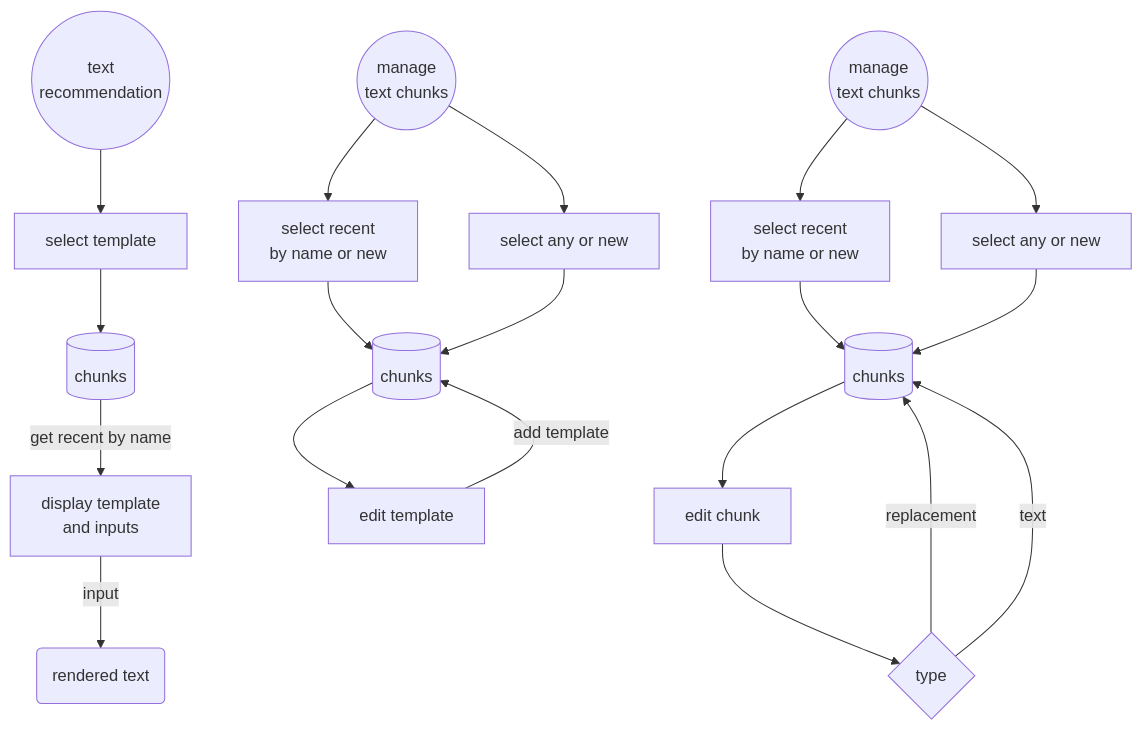
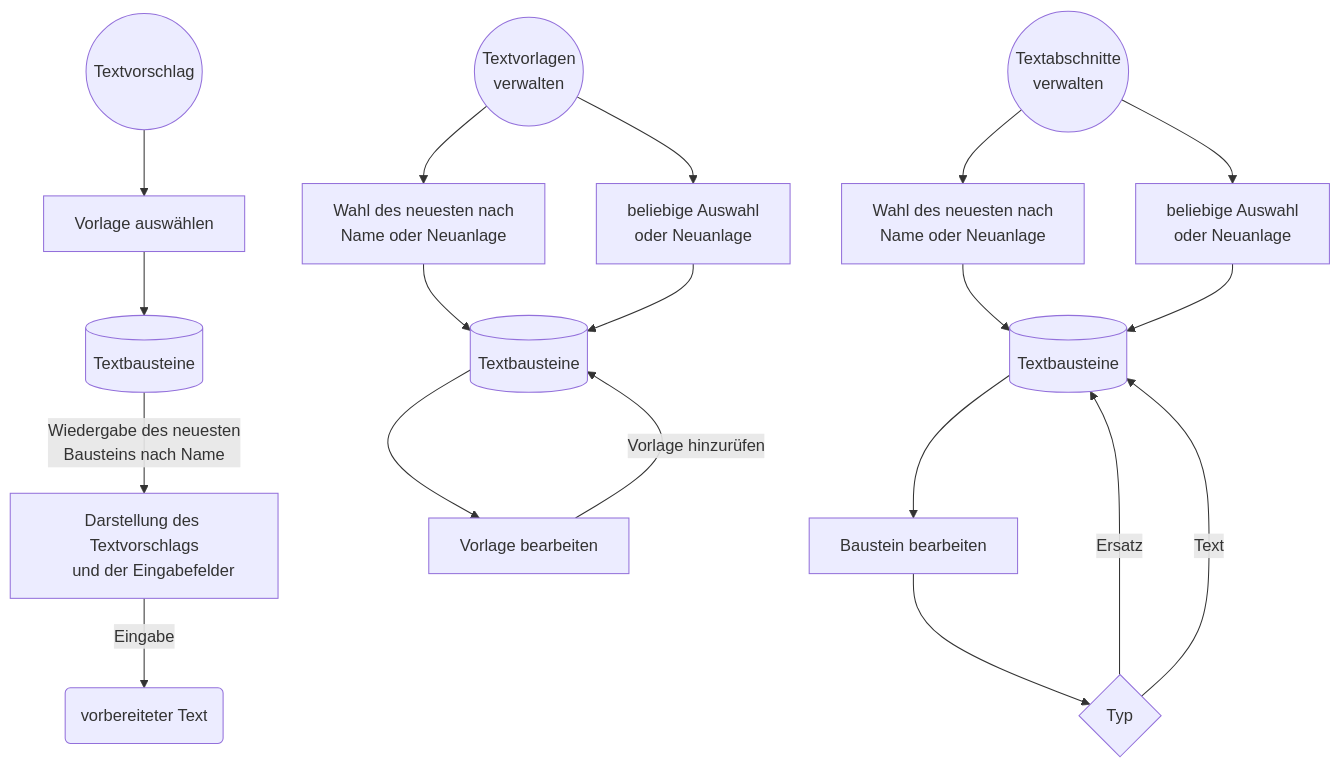
One commit to erroronline1/caro changed the second of 7 diagrams in readme.de.md. Above: the diagram before and after it, drawn with Mermaid. The commit also changed other lines of this file, not shown here.

````diff
--- a/readme.de.md
+++ b/readme.de.md
@@ -355,31 +355,31 @@
 ```mermaid
 graph TD;
-    textrecommendation(("text
-    recommendation")) -->select[select template];
-    select -->chunks[(chunks)];
-    chunks-->|get recent by name|display["display template
-    and inputs"];
-    display -->|input|render(rendered text);
+    textrecommendation(("Textvorschlag")) -->select[Vorlage auswählen];
+    select -->chunks[(Textbausteine)];
+    chunks-->|"Wiedergabe des neuesten
+    Bausteins nach Name"|display["Darstellung des Textvorschlags
+    und der Eingabefelder"];
+    display -->|Eingabe|render(vorbereiteter Text);
 
-    managechunks(("manage
-    text chunks")) -->select2["select recent
-    by name or new"];
-    managechunks(("manage
-    text chunks")) -->select3["select any or new"];
-    select2-->chunks2[(chunks)];
+    managechunks(("Textabschnitte
+    verwalten")) -->select2["Wahl des neuesten nach
+    Name oder Neuanlage"];
+    managechunks-->select3["beliebige Auswahl
+    oder Neuanlage"];
+    select2-->chunks2[(Textbausteine)];
     select3-->chunks2;
-    chunks2 -->editchunk[edit chunk];
-    editchunk -->type{type};
-    type -->|replacement|chunks2;
-    type -->|text|chunks2;
+    chunks2 -->editchunk[Baustein bearbeiten];
+    editchunk -->type{Typ};
+    type -->|Ersatz|chunks2;
+    type -->|Text|chunks2;
     
-    managetemplates(("manage
-    text templates")) -->select4["select recent
-    by name or new"];
-    managetemplates(("manage
-    text chunks")) -->select5["select any or new"];
-    select4-->chunks3[(chunks)];
+    managetemplates(("Textvorlagen
+    verwalten")) -->select4["Wahl des neuesten nach
+    Name oder Neuanlage"];
+    managetemplates-->select5["beliebige Auswahl
+    oder Neuanlage"];
+    select4-->chunks3[(Textbausteine)];
     select5-->chunks3;
-    chunks3 -->edittemplate[edit template];
-    edittemplate -->|add template|chunks3;
+    chunks3 -->edittemplate[Vorlage bearbeiten];
+    edittemplate -->|Vorlage hinzurüfen|chunks3;
 ```
````
